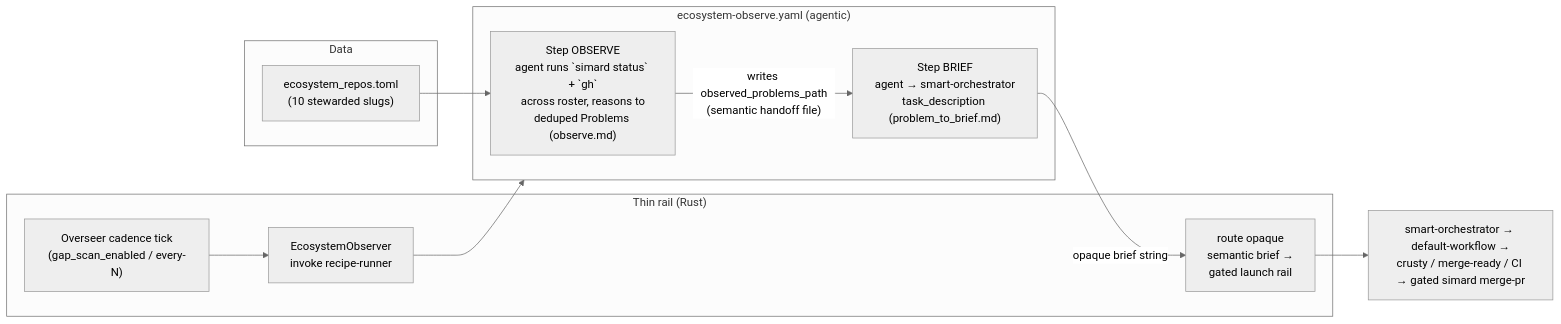
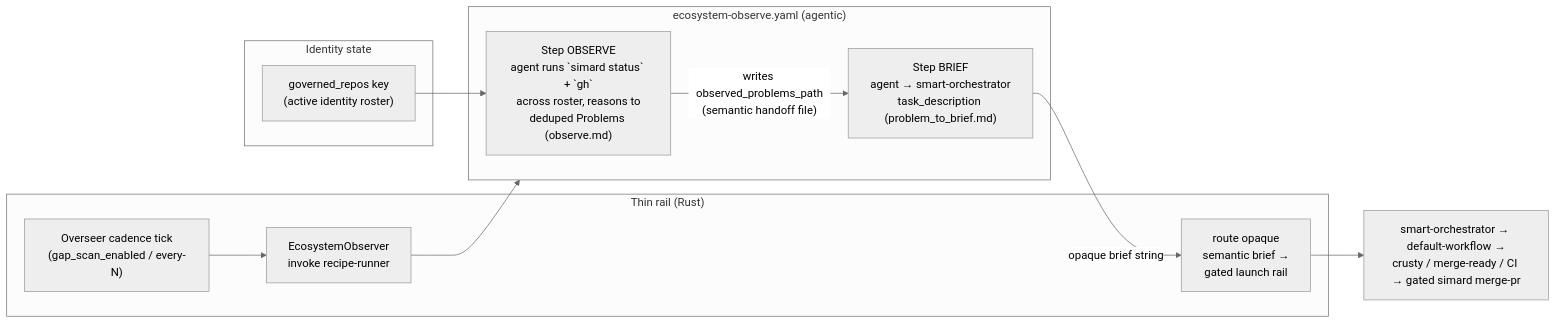
The diagram in docs/design/ecosystem-observe.md (rysweet/Simard), drawn with Mermaid (neutral theme) before and after one commit. The commit also changed other lines of this file and 19 other files, not shown here.

````diff
--- a/docs/design/ecosystem-observe.md
+++ b/docs/design/ecosystem-observe.md
@@ -68,20 +68,20 @@
 ```mermaid
 flowchart LR
   subgraph Rust["Thin rail (Rust)"]
     C["Overseer cadence tick\n(gap_scan_enabled / every-N)"]
     L["EcosystemObserver\ninvoke recipe-runner"]
     R["route opaque\nsemantic brief →\ngated launch rail"]
   end
   subgraph Recipe["ecosystem-observe.yaml (agentic)"]
     O["Step OBSERVE\nagent runs `simard status` + `gh`\nacross roster, reasons to\ndeduped Problems (observe.md)"]
     B["Step BRIEF\nagent → smart-orchestrator\ntask_description (problem_to_brief.md)"]
   end
-  subgraph Roster["Data"]
-    T["ecosystem_repos.toml\n(10 stewarded slugs)"]
+  subgraph Roster["Identity state"]
+    T["governed_repos key\n(active identity roster)"]
   end
   C --> L --> Recipe
   T --> O
   O -- "writes observed_problems_path\n(semantic handoff file)" --> B
   B -- "opaque brief string" --> R
   R --> SO["smart-orchestrator → default-workflow →\ncrusty / merge-ready / CI → gated simard merge-pr"]
 ```
````
